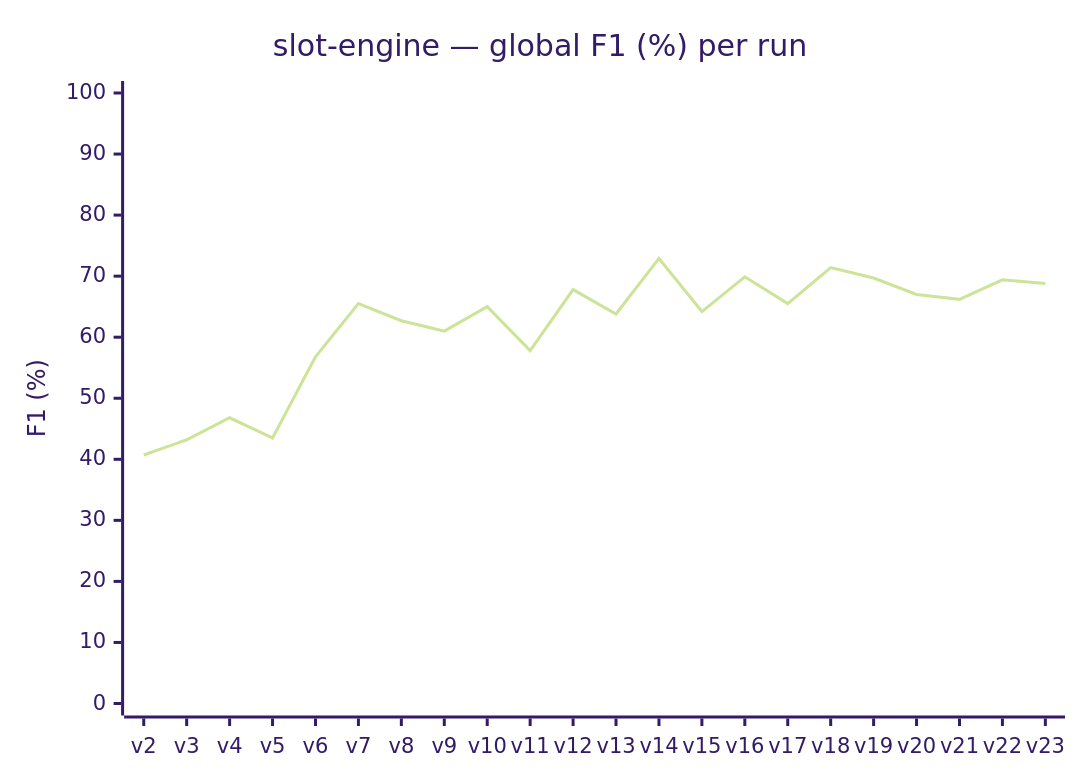
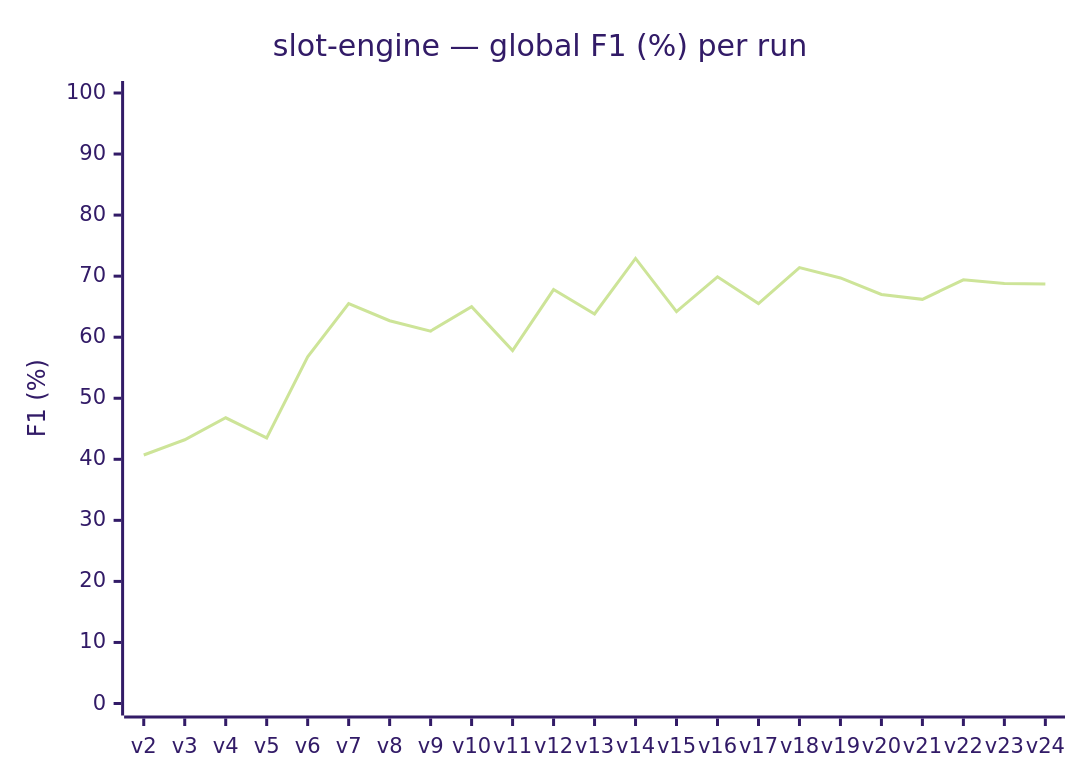
The diagram in README.md (r-via/anatoly-bench), drawn with Mermaid (forest theme) before and after one commit. The commit also changed 34 other files, not shown here.

````diff
--- a/README.md
+++ b/README.md
@@ -83,7 +83,7 @@
 ```mermaid
 xychart-beta
     title "slot-engine — global F1 (%) per run"
-    x-axis [v2, v3, v4, v5, v6, v7, v8, v9, v10, v11, v12, v13, v14, v15, v16, v17, v18, v19, v20, v21, v22, v23]
+    x-axis [v2, v3, v4, v5, v6, v7, v8, v9, v10, v11, v12, v13, v14, v15, v16, v17, v18, v19, v20, v21, v22, v23, v24]
     y-axis "F1 (%)" 0 --> 100
-    line [40.7, 43.2, 46.8, 43.5, 56.8, 65.5, 62.7, 61.0, 65.0, 57.8, 67.8, 63.8, 72.9, 64.2, 69.9, 65.5, 71.4, 69.7, 67.0, 66.2, 69.4, 68.8]
+    line [40.7, 43.2, 46.8, 43.5, 56.8, 65.5, 62.7, 61.0, 65.0, 57.8, 67.8, 63.8, 72.9, 64.2, 69.9, 65.5, 71.4, 69.7, 67.0, 66.2, 69.4, 68.8, 68.7]
 ```
````
